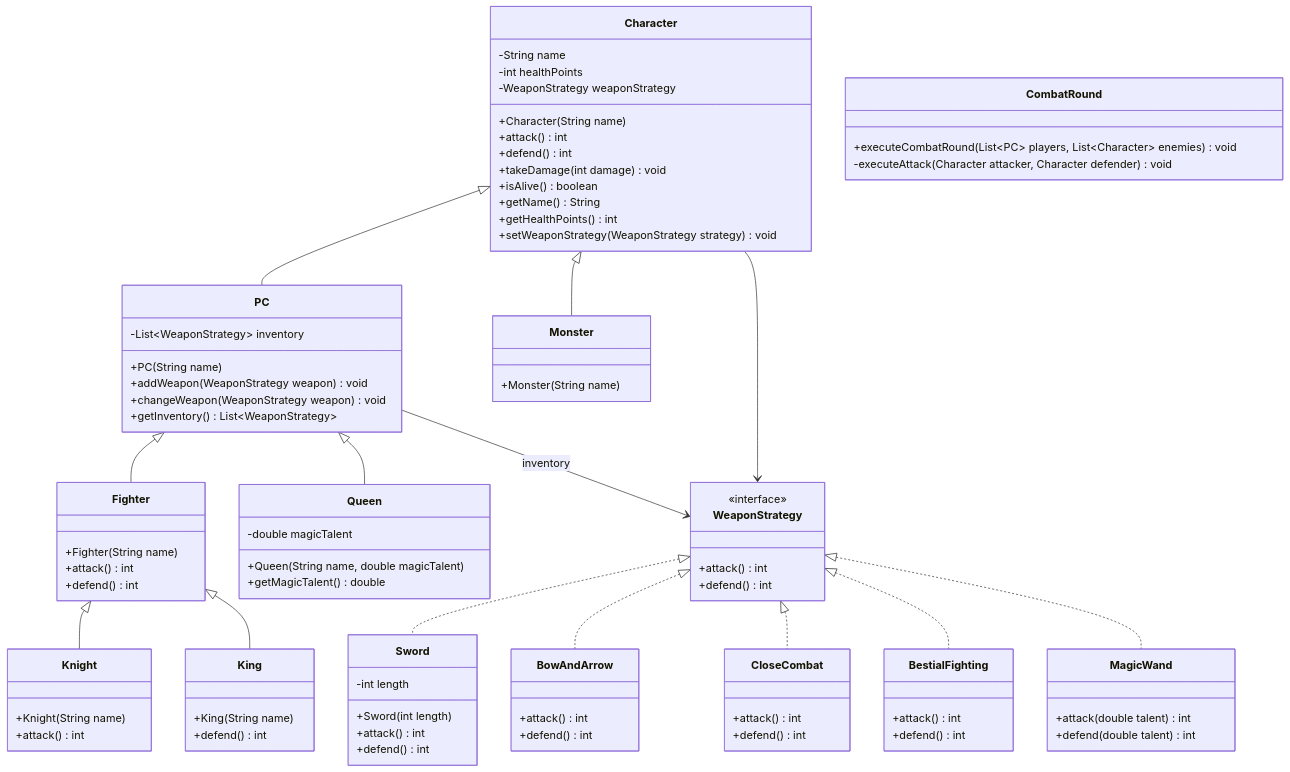
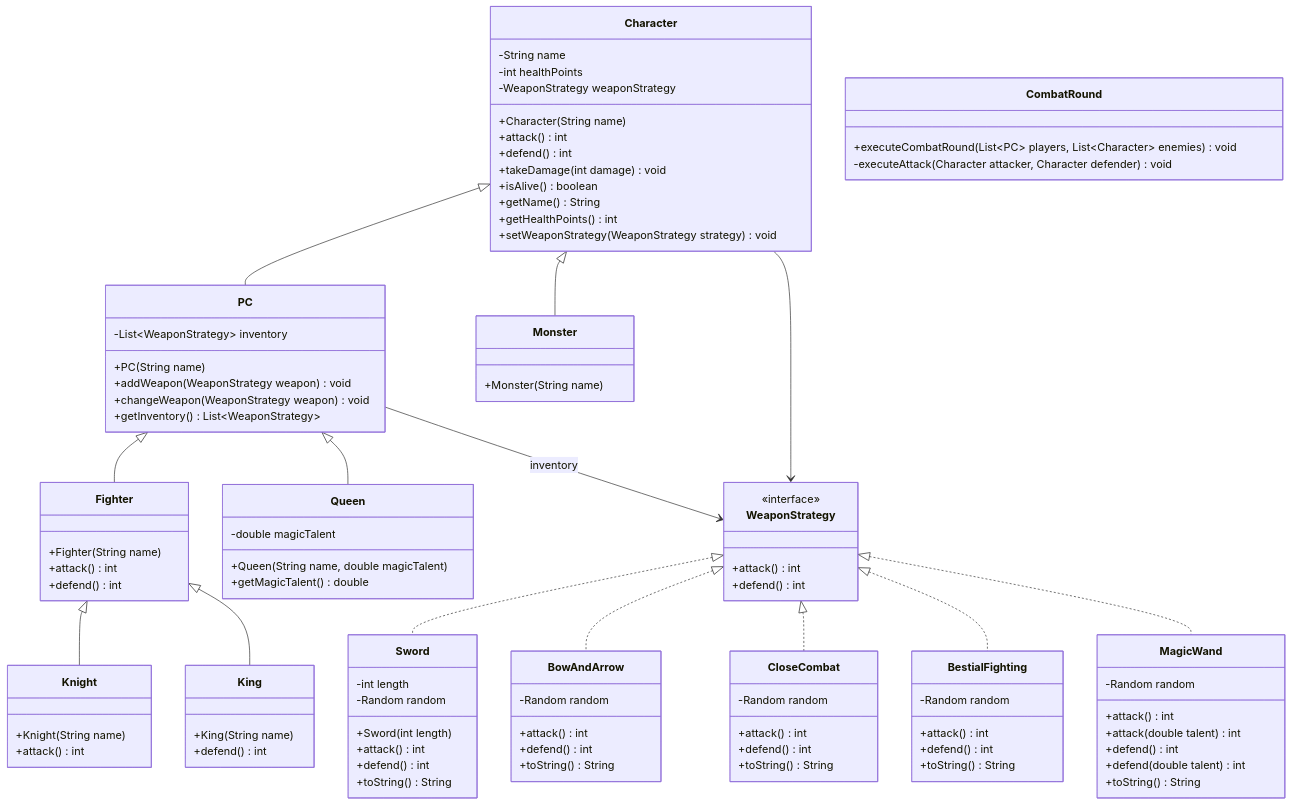
Before and after one commit to NimaWoods/Schule_Java: the diagram in modules/rollenspiel/src/main/java/org/rollenspiel/diagram/classdiagram.md, drawn with Mermaid. The commit also changed 5 other files, not shown here.

```diff
--- a/modules/rollenspiel/src/main/java/org/rollenspiel/diagram/classdiagram.md
+++ b/modules/rollenspiel/src/main/java/org/rollenspiel/diagram/classdiagram.md
@@ -58,29 +58,41 @@
 
     class Sword {
         -int length
+        -Random random
         +Sword(int length)
         +attack() int
         +defend() int
+        +toString() String
     }
 
     class BowAndArrow {
+        -Random random
         +attack() int
         +defend() int
+        +toString() String
     }
 
     class CloseCombat {
+        -Random random
         +attack() int
         +defend() int
+        +toString() String
     }
 
     class BestialFighting {
+        -Random random
         +attack() int
         +defend() int
+        +toString() String
     }
 
     class MagicWand {
+        -Random random
+        +attack() int
         +attack(double talent) int
+        +defend() int
         +defend(double talent) int
+        +toString() String
     }
 
     class CombatRound {
```
